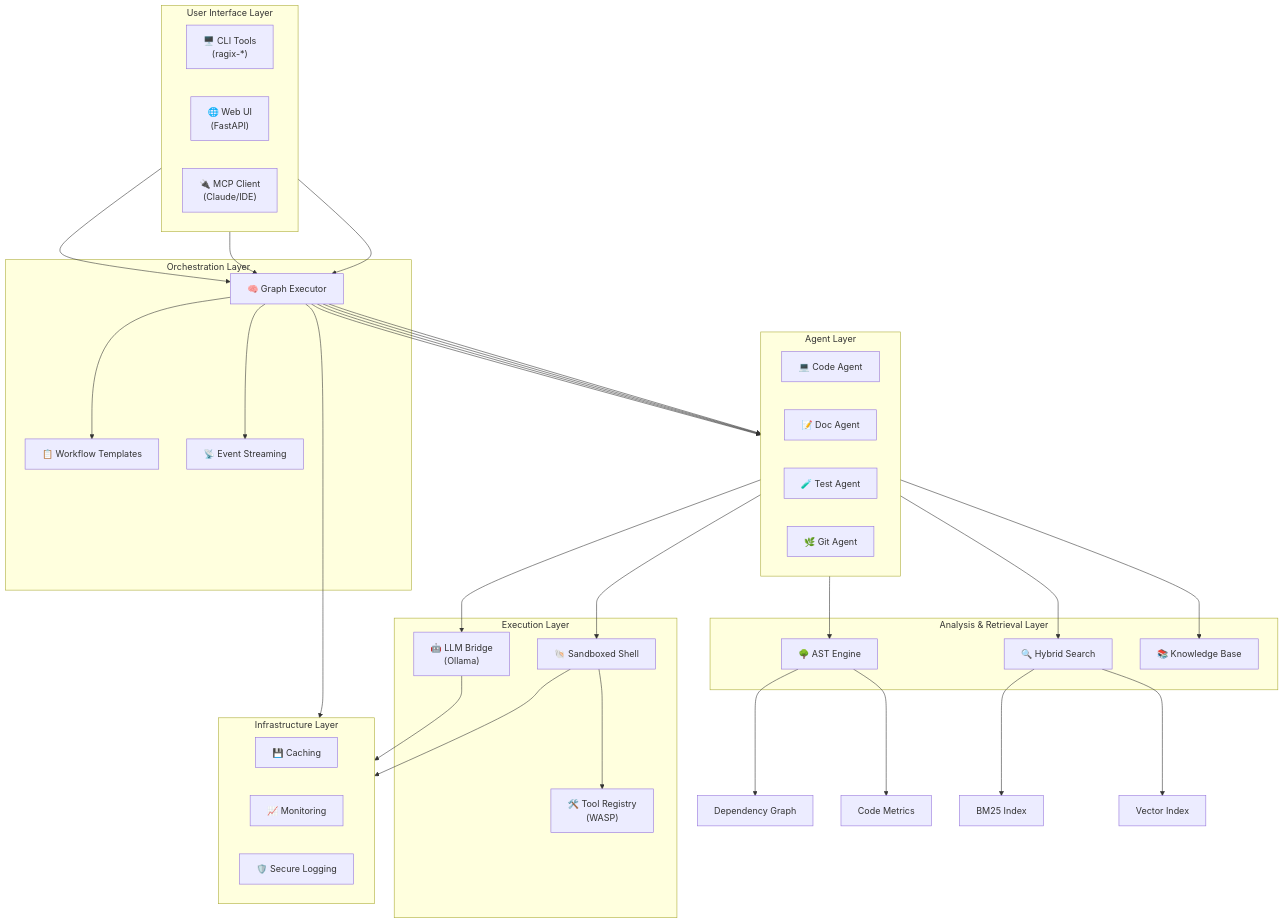
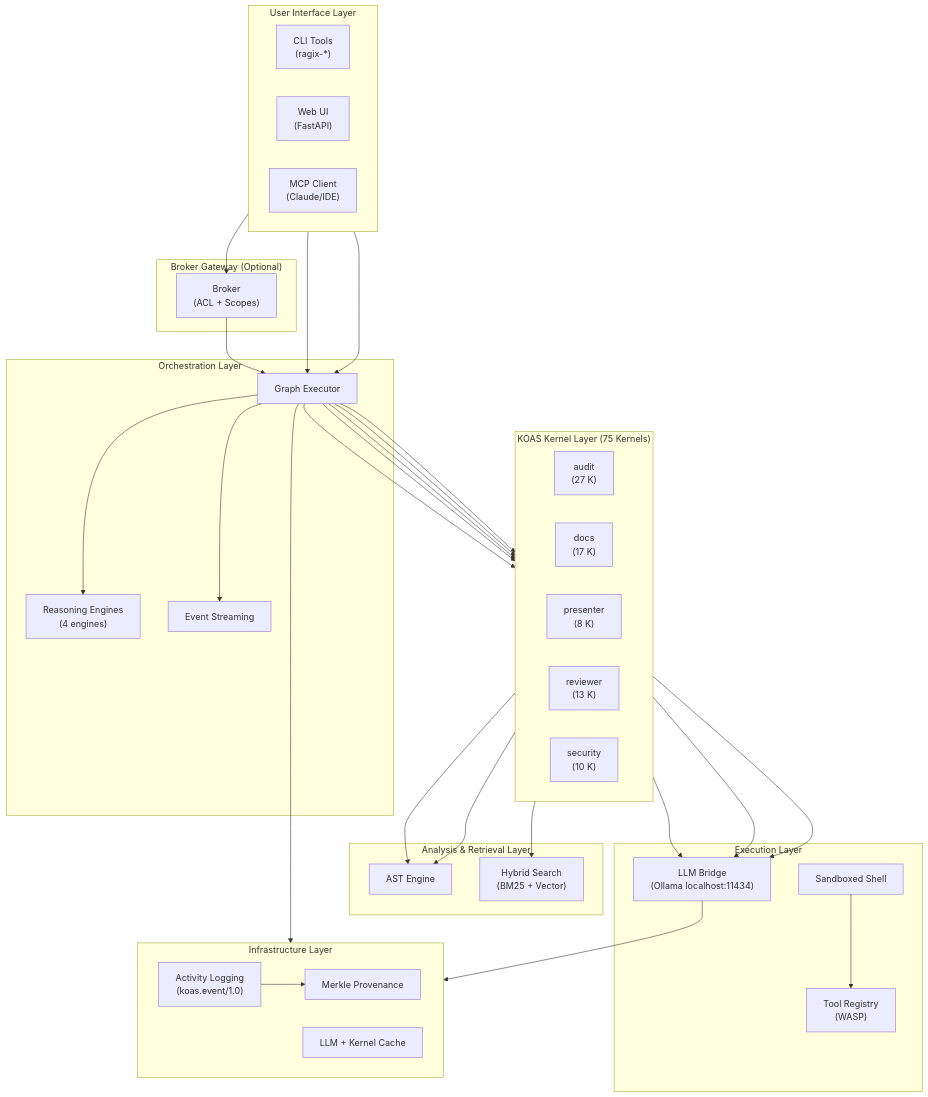
One commit to ovitrac/RAGIX changed the first of 2 diagrams in docs/ARCHITECTURE.md. Above: the diagram before and after it, drawn with Mermaid. The commit also changed other lines of this file and 49 other files, not shown here.

Commit message:
KOAS Presenter - improved docs

````diff
--- a/docs/ARCHITECTURE.md
+++ b/docs/ARCHITECTURE.md
@@ -55,70 +66,71 @@
 ```mermaid
 flowchart TB
     subgraph "User Interface Layer"
         direction LR
-        CLI["🖥️ CLI Tools<br/>(ragix-*)"]
-        WEB["🌐 Web UI<br/>(FastAPI)"]
-        MCP["🔌 MCP Client<br/>(Claude/IDE)"]
+        CLI["CLI Tools<br/>(ragix-*)"]
+        WEB["Web UI<br/>(FastAPI)"]
+        MCP["MCP Client<br/>(Claude/IDE)"]
+    end
+
+    subgraph "Broker Gateway (Optional)"
+        BROKER["Broker<br/>(ACL + Scopes)"]
     end
 
     subgraph "Orchestration Layer"
-        ORCH["🧠 Graph Executor"]
-        TEMPLATES["📋 Workflow Templates"]
-        STREAM["📡 Event Streaming"]
+        ORCH["Graph Executor"]
+        REASON["Reasoning Engines<br/>(4 engines)"]
+        STREAM["Event Streaming"]
     end
 
-    subgraph "Agent Layer"
+    subgraph "KOAS Kernel Layer (75 Kernels)"
         direction LR
-        CODE["💻 Code Agent"]
-        DOC["📝 Doc Agent"]
-        TEST["🧪 Test Agent"]
-        GIT["🌿 Git Agent"]
+        AUDIT["audit<br/>(27 K)"]
+        DOCS["docs<br/>(17 K)"]
+        PRES["presenter<br/>(8 K)"]
+        REV["reviewer<br/>(13 K)"]
+        SEC["security<br/>(10 K)"]
     end
 
     subgraph "Analysis & Retrieval Layer"
-        AST["🌳 AST Engine"]
-        HYBRID["🔍 Hybrid Search"]
-        KB["📚 Knowledge Base"]
+        AST["AST Engine"]
+        HYBRID["Hybrid Search<br/>(BM25 + Vector)"]
     end
 
     subgraph "Execution Layer"
-        LLM["🤖 LLM Bridge<br/>(Ollama)"]
-        SHELL["🐚 Sandboxed Shell"]
-        TOOLS["🛠️ Tool Registry<br/>(WASP)"]
+        LLM["LLM Bridge<br/>(Ollama localhost:11434)"]
+        SHELL["Sandboxed Shell"]
+        TOOLS["Tool Registry<br/>(WASP)"]
     end
 
     subgraph "Infrastructure Layer"
         direction LR
-        CACHE["💾 Caching"]
-        MONITOR["📈 Monitoring"]
-        LOGS["🛡️ Secure Logging"]
+        ACTIVITY["Activity Logging<br/>(koas.event/1.0)"]
+        CACHE["LLM + Kernel Cache"]
+        MERKLE["Merkle Provenance"]
     end
 
     CLI --> ORCH
     WEB --> ORCH
-    MCP --> ORCH
+    MCP --> BROKER
+    BROKER --> ORCH
 
-    ORCH --> TEMPLATES
+    ORCH --> REASON
     ORCH --> STREAM
-    ORCH --> CODE
-    ORCH --> DOC
-    ORCH --> TEST
-    ORCH --> GIT
+    ORCH --> AUDIT
+    ORCH --> DOCS
+    ORCH --> PRES
+    ORCH --> REV
+    ORCH --> SEC
 
-    CODE --> AST
-    CODE --> HYBRID
-    CODE --> KB
-    CODE --> LLM
-    CODE --> SHELL
-
-    AST --> DEPS[Dependency Graph]
-    AST --> METRICS[Code Metrics]
-
-    HYBRID --> BM25[BM25 Index]
-    HYBRID --> VEC[Vector Index]
+    AUDIT --> AST
+    AUDIT --> HYBRID
+    DOCS --> LLM
+    PRES --> LLM
+    REV --> LLM
+    SEC --> AST
 
     SHELL --> TOOLS
     LLM --> CACHE
-    SHELL --> LOGS
-    ORCH --> MONITOR
+    ORCH --> ACTIVITY
+    ACTIVITY --> MERKLE
 ```
````
